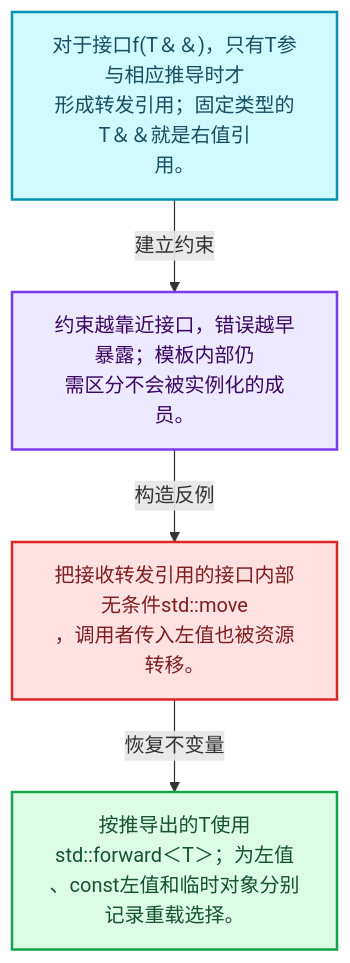
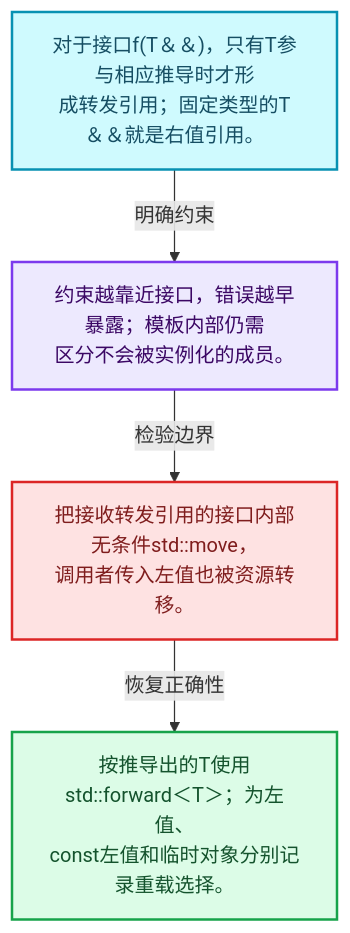
One commit to yunkezengren/blender-.vscode changed the first of 4 diagrams in 杂/markdown/全面学习-codex/01-基础容器与现代CPP/02-模板与约束.md. Above: the diagram before and after it, drawn with Mermaid. The commit also changed other lines of this file and 1930 other files, not shown here.

````diff
--- a/杂/markdown/全面学习-codex/01-基础容器与现代CPP/02-模板与约束.md
+++ b/杂/markdown/全面学习-codex/01-基础容器与现代CPP/02-模板与约束.md
@@ -29,16 +29,16 @@
 ```mermaid
 flowchart TB
-  M["对于接口f(T＆＆)，只有T参与相应推导时才<br/>形成转发引用；固定类型的T＆＆就是右值引<br/>用。"]:::data
-  T["约束越靠近接口，错误越早暴露；模板内部仍<br/>需区分不会被实例化的成员。"]:::abstraction
-  X["把接收转发引用的接口内部无条件std::move<br/>，调用者传入左值也被资源转移。"]:::error
-  A["按推导出的T使用std::forward＜T＞；为左值<br/>、const左值和临时对象分别记录重载选择。"]:::result
-  M -->|"建立约束"| T
-  T -->|"构造反例"| X
-  X -->|"恢复不变量"| A
+  M["对于接口f(T＆＆)，只有T参与相应推导时才形<br/>成转发引用；固定类型的T＆＆就是右值引用。"]:::data
+  C["约束越靠近接口，错误越早暴露；模板内部仍需<br/>区分不会被实例化的成员。"]:::abstraction
+  B["把接收转发引用的接口内部无条件std::move，<br/>调用者传入左值也被资源转移。"]:::error
+  R["按推导出的T使用std::forward＜T＞；为左值、<br/>const左值和临时对象分别记录重载选择。"]:::result
+  M -->|"明确约束"| C
+  C -->|"检验边界"| B
+  B -->|"恢复正确性"| R
   classDef input fill:#DBEAFE,stroke:#2563EB,color:#172554,stroke-width:2px;
   classDef data fill:#CFFAFE,stroke:#0891B2,color:#164E63,stroke-width:2px;
   classDef abstraction fill:#EDE9FE,stroke:#7C3AED,color:#3B0764,stroke-width:2px;
   classDef compute fill:#FEF3C7,stroke:#D97706,color:#78350F,stroke-width:2px;
   classDef result fill:#DCFCE7,stroke:#16A34A,color:#14532D,stroke-width:2px;
   classDef error fill:#FEE2E2,stroke:#DC2626,color:#7F1D1D,stroke-width:2px;
 ```
````
